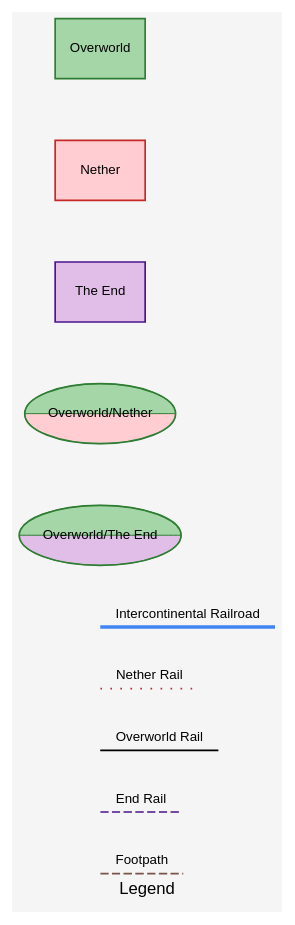
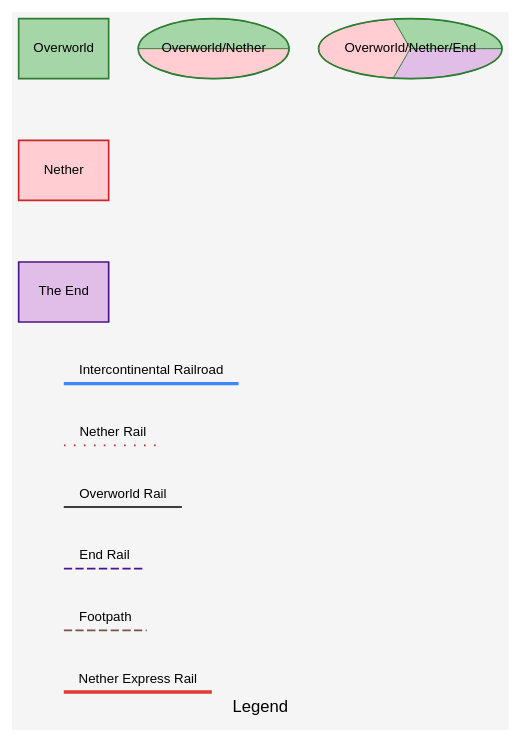
The diagram in legend.gv (eatnumber1/minecraft-transit-map), drawn with Graphviz before and after one commit. The commit also changed 2 other files, not shown here.

```diff
--- a/legend.gv
+++ b/legend.gv
@@ -1,54 +1,57 @@
 digraph Legend {
     graph [
         bgcolor="#F5F5F5",
         fontname="Helvetica,Arial,sans-serif",
         label="Legend",
         fontcolor="black",
         fontsize=10,
         style=rounded
     ];
     node [
         fontname="Helvetica,Arial,sans-serif",
         style=filled,
         fontcolor="black",
         fontsize=8,
         shape=box
     ];
     edge [
         fontname="Helvetica,Arial,sans-serif",
         fontsize=8
     ];
 
     // Node Type Keys
     Overworld_Key [label="Overworld", color="#2E7D32", fillcolor="#A5D6A7"];
     Nether_Key [label="Nether", color="#C62828", fillcolor="#FFCDD2"];
     End_Key [label="The End", color="#4A148C", fillcolor="#E1BEE7"];
     Dual_Key [label="Overworld/Nether", style=wedged, shape=ellipse, color="#2E7D32", fillcolor="#A5D6A7:#FFCDD2"];
-    Dual_Key_End [label="Overworld/The End", style=wedged, shape=ellipse, color="#2E7D32", fillcolor="#A5D6A7:#E1BEE7"];
+    Tri_Key [label="Overworld/Nether/End", style=wedged, shape=ellipse, color="#2E7D32", fillcolor="#A5D6A7:#FFCDD2:#E1BEE7"];
 
     // Invisible nodes for line style keys
     node [shape=point, width=0, height=0, label=""];
     Rail_Key_Start; Rail_Key_End;
     Nether_Rail_Key_Start; Nether_Rail_Key_End;
     Overworld_Rail_Key_Start; Overworld_Rail_Key_End;
     End_Rail_Key_Start; End_Rail_Key_End;
     Footpath_Key_Start; Footpath_Key_End;
+    Nether_Express_Key_Start; Nether_Express_Key_End;
 
     // Ensure horizontal alignment for line style keys
     { rank=same; Rail_Key_Start; Rail_Key_End; }
     { rank=same; Nether_Rail_Key_Start; Nether_Rail_Key_End; }
     { rank=same; Overworld_Rail_Key_Start; Overworld_Rail_Key_End; }
     { rank=same; End_Rail_Key_Start; End_Rail_Key_End; }
     { rank=same; Footpath_Key_Start; Footpath_Key_End; }
+    { rank=same; Nether_Express_Key_Start; Nether_Express_Key_End; }
 
     // Define vertical alignment using invisible edges
     edge [style=invis, len=0.5];
-    Overworld_Key -> Nether_Key -> End_Key -> Dual_Key -> Dual_Key_End -> Rail_Key_Start -> Nether_Rail_Key_Start -> Overworld_Rail_Key_Start -> End_Rail_Key_Start -> Footpath_Key_Start;
+    Overworld_Key -> Nether_Key -> End_Key -> Rail_Key_Start -> Nether_Rail_Key_Start -> Overworld_Rail_Key_Start -> End_Rail_Key_Start -> Footpath_Key_Start -> Nether_Express_Key_Start;
     
     // Draw the visible edges for the legend line styles
     Rail_Key_Start -> Rail_Key_End [dir=none, style=bold, color="#4285F4", label="Intercontinental Railroad"];
     Nether_Rail_Key_Start -> Nether_Rail_Key_End [dir=none, style=dotted, color="#C62828", label="Nether Rail"];
     Overworld_Rail_Key_Start -> Overworld_Rail_Key_End [dir=none, style="", color="black", label="Overworld Rail"];
     End_Rail_Key_Start -> End_Rail_Key_End [dir=none, style=dashed, color="#4A148C", label="End Rail"];
     Footpath_Key_Start -> Footpath_Key_End [dir=none, style=dashed, color="#795548", label="Footpath"];
+    Nether_Express_Key_Start -> Nether_Express_Key_End [dir=none, style=bold, color="#E53935", label="Nether Express Rail"];
 }
```
